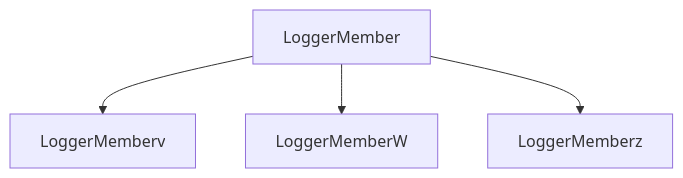
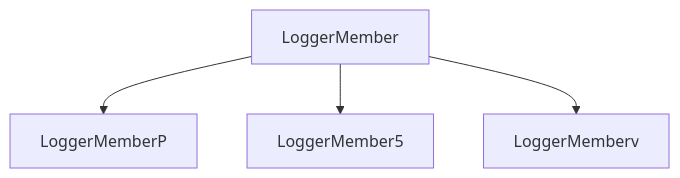
The diagram in mermaid.md (ellementul/uee-core), drawn with Mermaid before and after one commit. The commit also changed 7 other files, not shown here.

````diff
--- a/mermaid.md
+++ b/mermaid.md
@@ -1,11 +1,11 @@
 ```mermaid
  flowchart TD
-    6fLxnjYjKxftTETLgnSpX9rMaZ9hfiaYSNJ5AVa4[LoggerMember]
-    v8C08bOW4iVzoWjIDGMROq2eNANEqMTcTZOnrljD[LoggerMemberv]
-    WCy638AeWDQynQJJoFbbQAUH18rTk5OwljAtCvS7[LoggerMemberW]
-    zlHXNMflEiOtWni8pEFJFe3jkrmZijnLvUtjaHIN[LoggerMemberz]
+    hWNHlDV5UvxDXVypdl5s2iruxFVwUUDasbhseGQl[LoggerMember]
+    PWTXHVVyPqVJFKE6UzBAoXXZ1H3naDz6d5Z4cac6[LoggerMemberP]
+    5sjSiSeRGKvfNFtFaQ5OFMwP4YsMWtmmmER75hIf[LoggerMember5]
+    vz3ucLLQsrEhy4Ei1EE0kiqMxB37uWHXKXIJKYxY[LoggerMemberv]
 
-    6fLxnjYjKxftTETLgnSpX9rMaZ9hfiaYSNJ5AVa4 --> v8C08bOW4iVzoWjIDGMROq2eNANEqMTcTZOnrljD
-    6fLxnjYjKxftTETLgnSpX9rMaZ9hfiaYSNJ5AVa4 --> WCy638AeWDQynQJJoFbbQAUH18rTk5OwljAtCvS7
-    6fLxnjYjKxftTETLgnSpX9rMaZ9hfiaYSNJ5AVa4 --> zlHXNMflEiOtWni8pEFJFe3jkrmZijnLvUtjaHIN
+    hWNHlDV5UvxDXVypdl5s2iruxFVwUUDasbhseGQl --> PWTXHVVyPqVJFKE6UzBAoXXZ1H3naDz6d5Z4cac6
+    hWNHlDV5UvxDXVypdl5s2iruxFVwUUDasbhseGQl --> 5sjSiSeRGKvfNFtFaQ5OFMwP4YsMWtmmmER75hIf
+    hWNHlDV5UvxDXVypdl5s2iruxFVwUUDasbhseGQl --> vz3ucLLQsrEhy4Ei1EE0kiqMxB37uWHXKXIJKYxY
 ```
````
